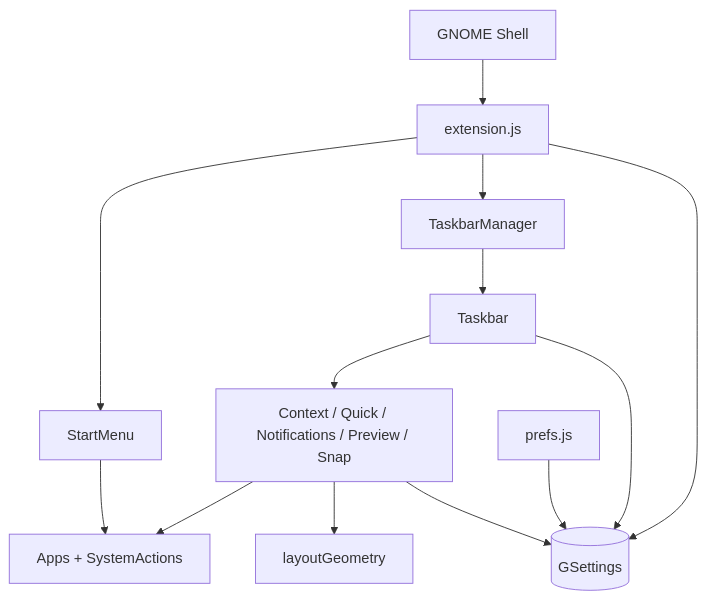
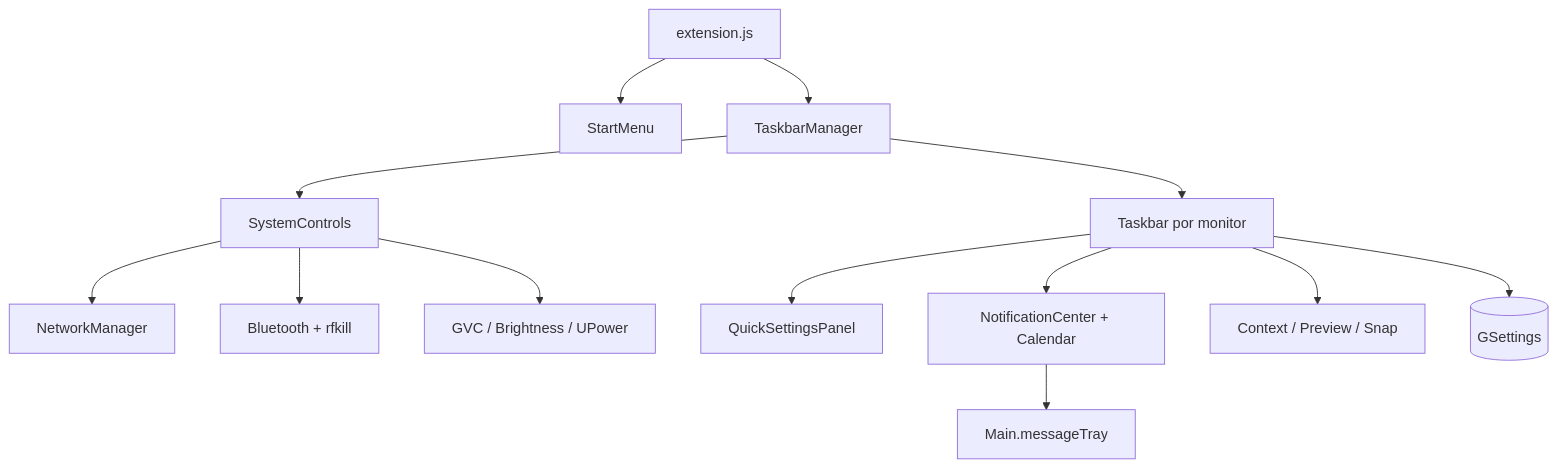
The diagram in docs/architecture.md (iklav-tech/winshell), drawn with Mermaid before and after one commit. The commit also changed other lines of this file and 33 other files, not shown here.

````diff
--- a/docs/architecture.md
+++ b/docs/architecture.md
@@ -25,15 +7,15 @@
 ```mermaid
 flowchart TD
-    GNOME[GNOME Shell] --> ENTRY[extension.js]
-    ENTRY --> MENU[StartMenu]
-    ENTRY --> MANAGER[TaskbarManager]
-    MANAGER --> BAR[Taskbar]
-    BAR --> FLYOUTS[Context / Quick / Notifications / Preview / Snap]
-    MENU --> APPS[Apps + SystemActions]
-    FLYOUTS --> APPS
-    FLYOUTS --> GEOM[layoutGeometry]
-    PREFS[prefs.js] --> SETTINGS[(GSettings)]
-    ENTRY --> SETTINGS
-    BAR --> SETTINGS
-    FLYOUTS --> SETTINGS
+  E[extension.js] --> S[StartMenu]
+  E --> M[TaskbarManager]
+  M --> C[SystemControls]
+  M --> T[Taskbar por monitor]
+  T --> Q[QuickSettingsPanel]
+  T --> N[NotificationCenter + Calendar]
+  T --> X[Context / Preview / Snap]
+  C --> NM[NetworkManager]
+  C --> BT[Bluetooth + rfkill]
+  C --> AV[GVC / Brightness / UPower]
+  N --> MT[Main.messageTray]
+  T --> GS[(GSettings)]
 ```
````
